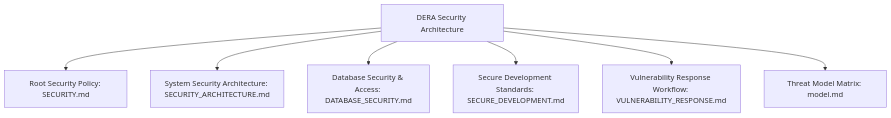
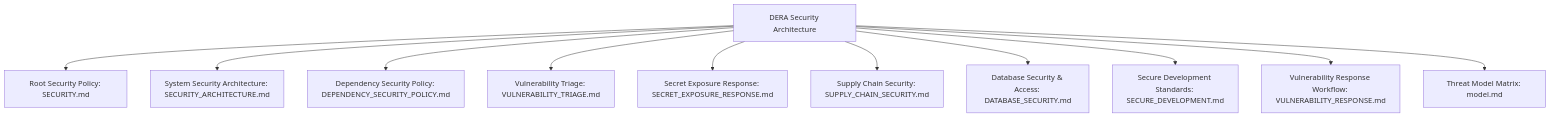
The diagram in docs/security/README.md (krishanth7/dera), drawn with Mermaid before and after one commit. The commit also changed other lines of this file and 4 other files, not shown here.

Commit message:
docs(security): document vulnerability triage and response

````diff
--- a/docs/security/README.md
+++ b/docs/security/README.md
@@ -23,17 +23,25 @@
 ```mermaid
 flowchart TD
     SEC[DERA Security Architecture]
     POLICY[Root Security Policy: SECURITY.md]
     ARCH[System Security Architecture: SECURITY_ARCHITECTURE.md]
+    DEP_SEC[Dependency Security Policy: DEPENDENCY_SECURITY_POLICY.md]
+    TRIAGE[Vulnerability Triage: VULNERABILITY_TRIAGE.md]
+    LEAK[Secret Exposure Response: SECRET_EXPOSURE_RESPONSE.md]
+    SUPPLY[Supply Chain Security: SUPPLY_CHAIN_SECURITY.md]
     DB_SEC[Database Security & Access: DATABASE_SECURITY.md]
     DEV_SEC[Secure Development Standards: SECURE_DEVELOPMENT.md]
     RESP[Vulnerability Response Workflow: VULNERABILITY_RESPONSE.md]
     THREAT[Threat Model Matrix: model.md]
 
     SEC --> POLICY
     SEC --> ARCH
+    SEC --> DEP_SEC
+    SEC --> TRIAGE
+    SEC --> LEAK
+    SEC --> SUPPLY
     SEC --> DB_SEC
     SEC --> DEV_SEC
     SEC --> RESP
     SEC --> THREAT
 ```
````
